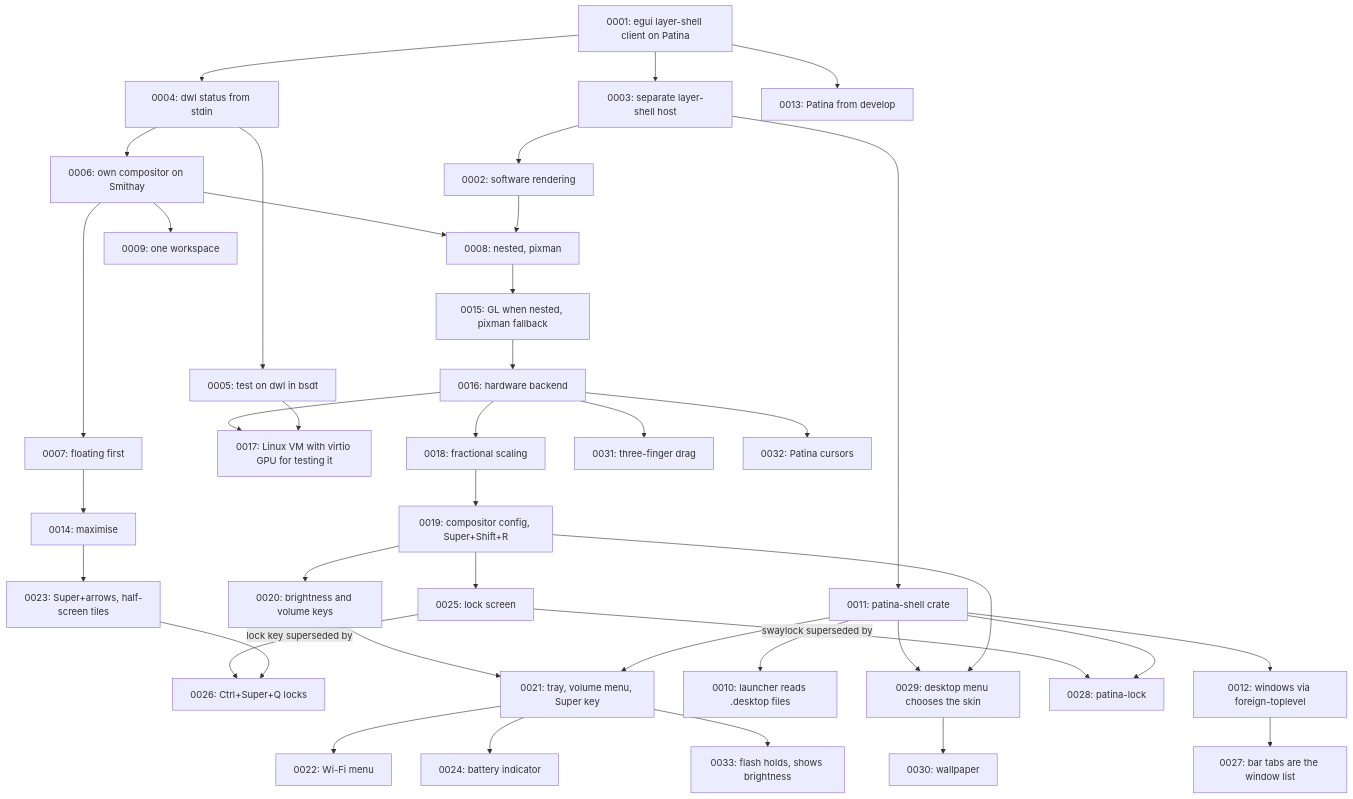
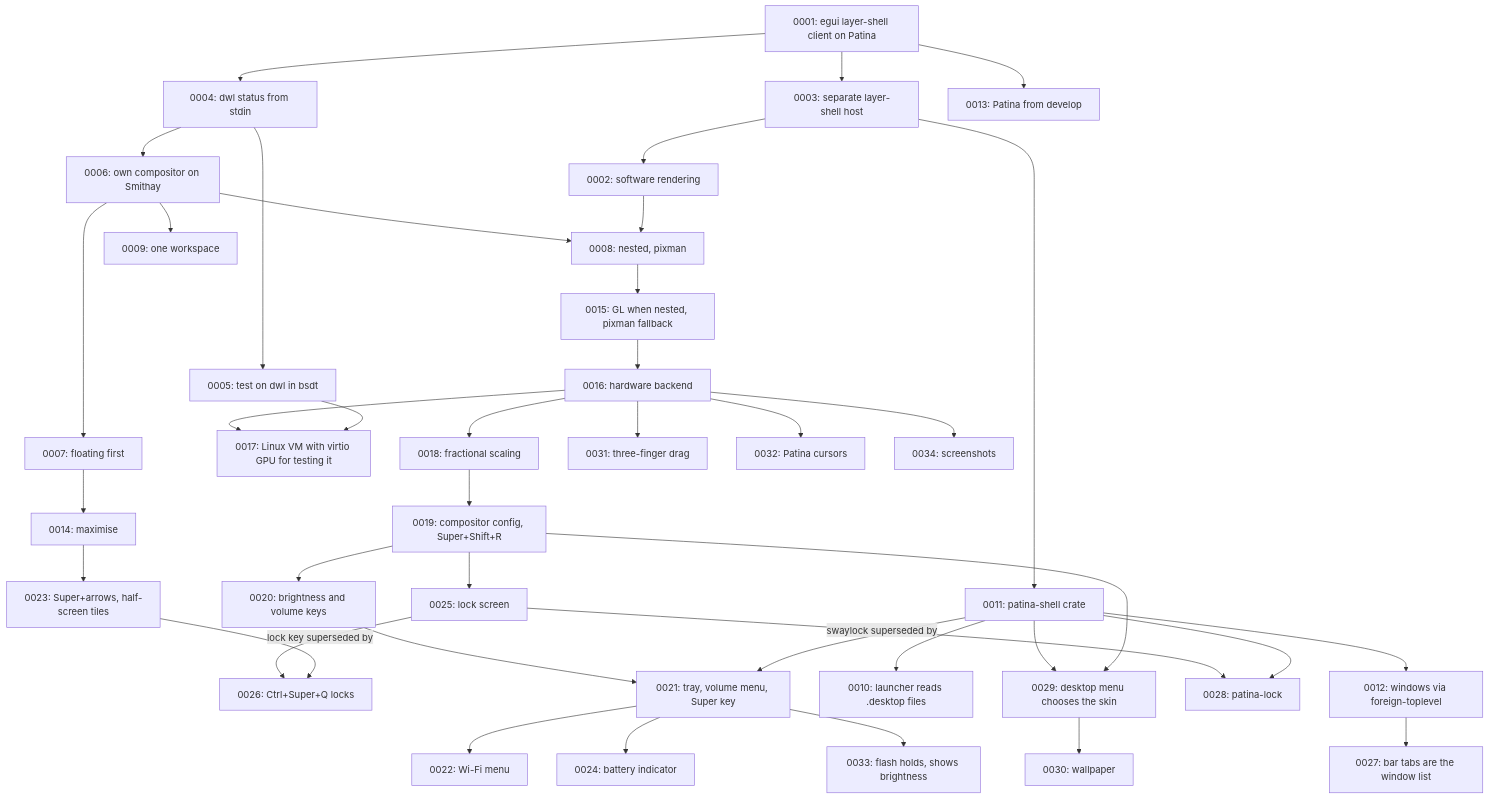
One commit to Sector-F-Labs/patina-desktop changed the diagram in docs/adr/README.md. Above: the diagram before and after it, drawn with Mermaid. The commit also changed other lines of this file and 11 other files, not shown here.

````diff
--- a/docs/adr/README.md
+++ b/docs/adr/README.md
@@ -81,41 +82,42 @@
 ```mermaid
 flowchart TD
     A[0001: egui layer-shell client on Patina] --> B[0003: separate layer-shell host]
     B --> C[0002: software rendering]
     A --> D[0004: dwl status from stdin]
     D --> E[0005: test on dwl in bsdt]
     D --> F[0006: own compositor on Smithay]
     F --> G[0007: floating first]
     G --> N[0014: maximise]
     N --> W[0023: Super+arrows, half-screen tiles]
     F --> H[0008: nested, pixman]
     H --> O[0015: GL when nested, pixman fallback]
     O --> P[0016: hardware backend]
     P --> Q[0017: Linux VM with virtio GPU for testing it]
     P --> R[0018: fractional scaling]
     R --> S[0019: compositor config, Super+Shift+R]
     S --> T[0020: brightness and volume keys]
     S --> Y[0025: lock screen]
     Y -->|lock key superseded by| Z[0026: Ctrl+Super+Q locks]
     W --> Z
     T --> U[0021: tray, volume menu, Super key]
     U --> V[0022: Wi-Fi menu]
     U --> X[0024: battery indicator]
     K --> U
     E --> Q
     C --> H
     F --> I[0009: one workspace]
     B --> K[0011: patina-shell crate]
     K --> J[0010: launcher reads .desktop files]
     K --> L[0012: windows via foreign-toplevel]
     L --> AA[0027: bar tabs are the window list]
     Y -->|swaylock superseded by| AB[0028: patina-lock]
     K --> AB
     K --> AC[0029: desktop menu chooses the skin]
     S --> AC
     AC --> AD[0030: wallpaper]
     P --> AE[0031: three-finger drag]
     P --> AF[0032: Patina cursors]
     U --> AG[0033: flash holds, shows brightness]
+    P --> AH[0034: screenshots]
     A --> M[0013: Patina from develop]
 ```
````
